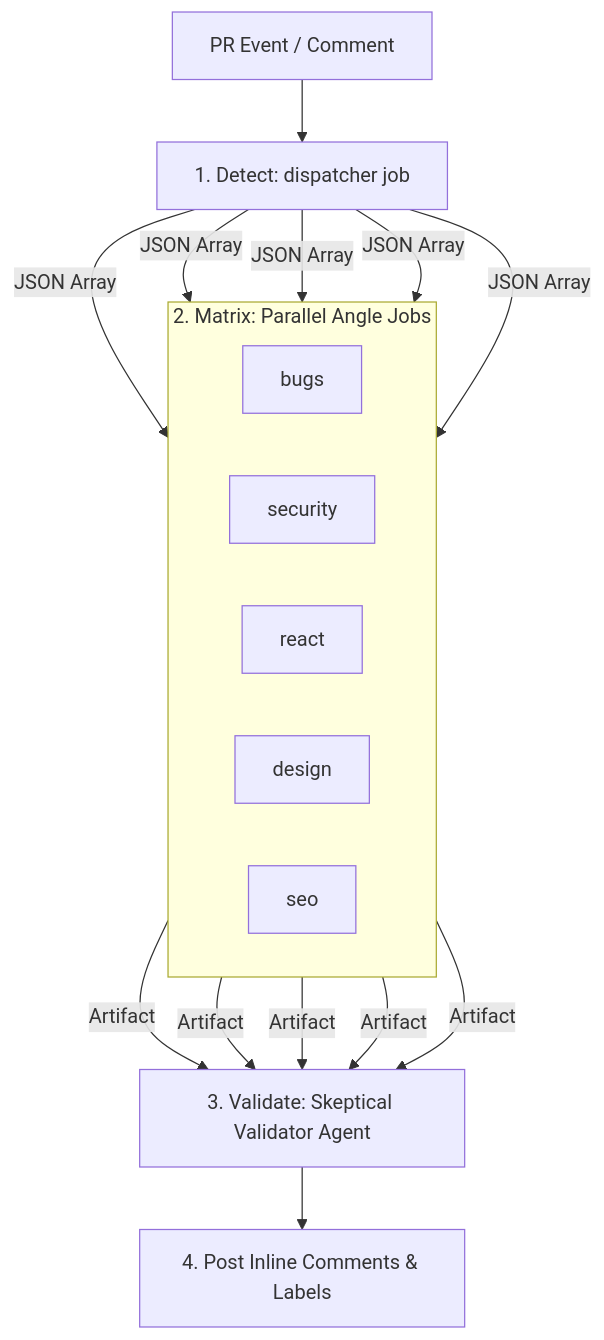
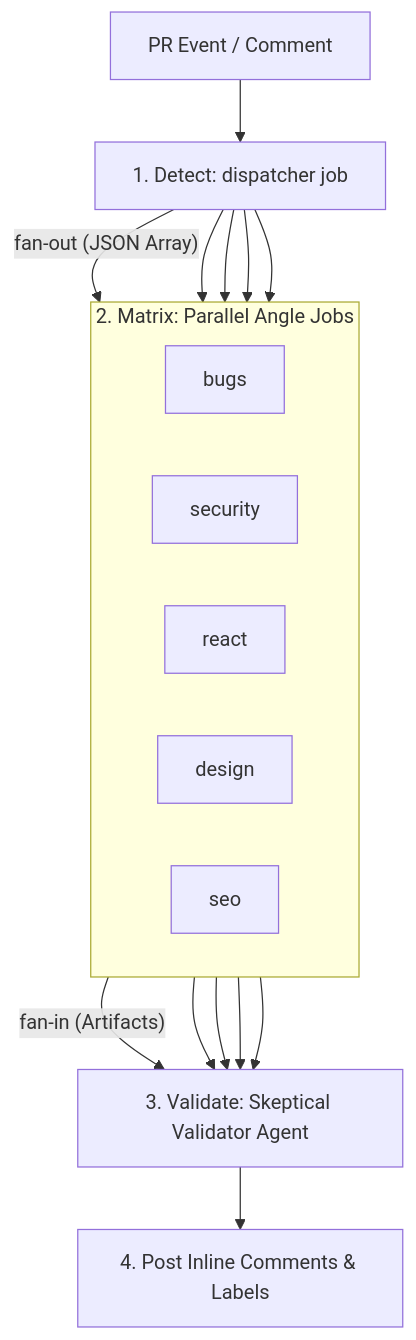
Before and after one commit to howarewoo/woo-review: the diagram in README.md, drawn with Mermaid.

Commit message:
docs: simplify mermaid diagram labels

````diff
--- a/README.md
+++ b/README.md
@@ -13,27 +13,27 @@
 ```mermaid
 graph TD
     Trigger[PR Event / Comment] --> Detect[1. Detect: dispatcher job]
     
-    Detect -- "JSON Array" --> Angle_Bugs
-    Detect -- "JSON Array" --> Angle_Security
-    Detect -- "JSON Array" --> Angle_React
-    Detect -- "JSON Array" --> Angle_Design
-    Detect -- "JSON Array" --> Angle_SEO
+    Detect -- "fan-out (JSON Array)" --> Angle_Bugs
+    Detect --> Angle_Security
+    Detect --> Angle_React
+    Detect --> Angle_Design
+    Detect --> Angle_SEO
 
     subgraph Parallel_Audits [2. Matrix: Parallel Angle Jobs]
         direction LR
         Angle_Bugs[bugs]
         Angle_Security[security]
         Angle_React[react]
         Angle_Design[design]
         Angle_SEO[seo]
     end
     
-    Angle_Bugs -- "Artifact" --> Validate
-    Angle_Security -- "Artifact" --> Validate
-    Angle_React -- "Artifact" --> Validate
-    Angle_Design -- "Artifact" --> Validate
-    Angle_SEO -- "Artifact" --> Validate
+    Angle_Bugs -- "fan-in (Artifacts)" --> Validate
+    Angle_Security --> Validate
+    Angle_React --> Validate
+    Angle_Design --> Validate
+    Angle_SEO --> Validate
 
     Validate[3. Validate: Skeptical Validator Agent] --> Post[4. Post Inline Comments & Labels]
 ```
````
